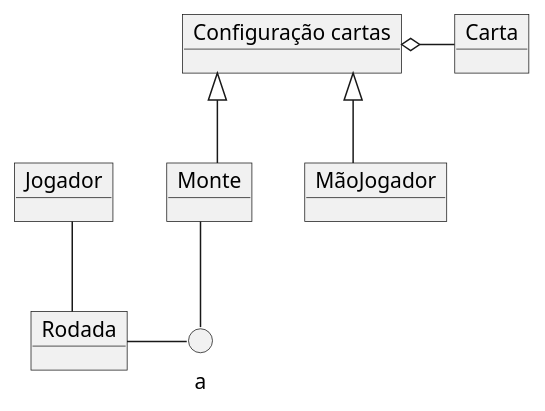
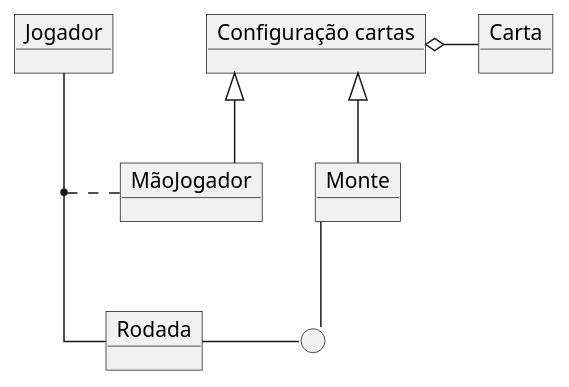
The diagram in Imagens/modelos-07/mod07ima01/mod07ima01.plantuml (kyriosdata/oo), drawn with PlantUML before and after one commit. The commit also changed 1 other file, not shown here.

```diff
--- a/Imagens/modelos-07/mod07ima01/mod07ima01.plantuml
+++ b/Imagens/modelos-07/mod07ima01/mod07ima01.plantuml
@@ -1,16 +1,18 @@
 @startuml mod07ima01
 skinparam Linetype ortho
 object "Configuração cartas" as co
 object "Carta" as ca
 object "Jogador" as jo
 object "MãoJogador" as mã
 object "Monte" as mo
 object "Rodada" as ro
-circle "a" as p1
+circle " " as p1
 co o-right- ca
 mã -up-|> co
 mo -up-|> co
 jo -down- ro
+(jo,ro) .. mã
 ro -right- p1
 p1 -up- mo
+
 @enduml
```
